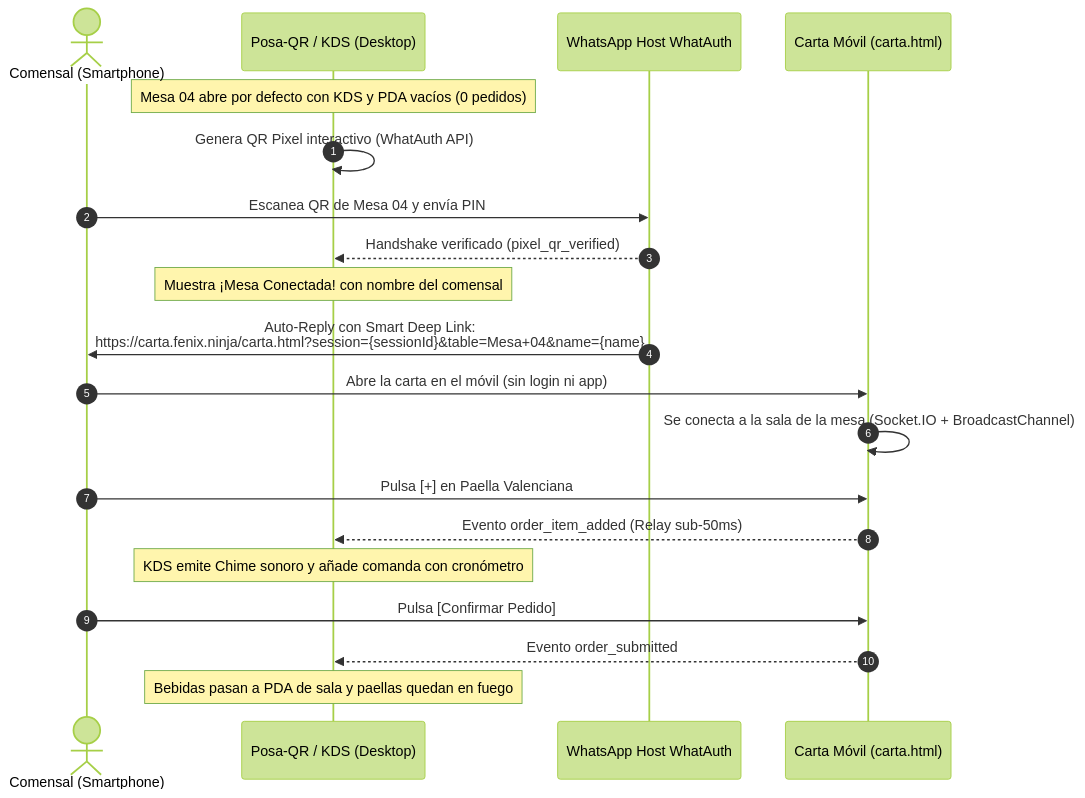
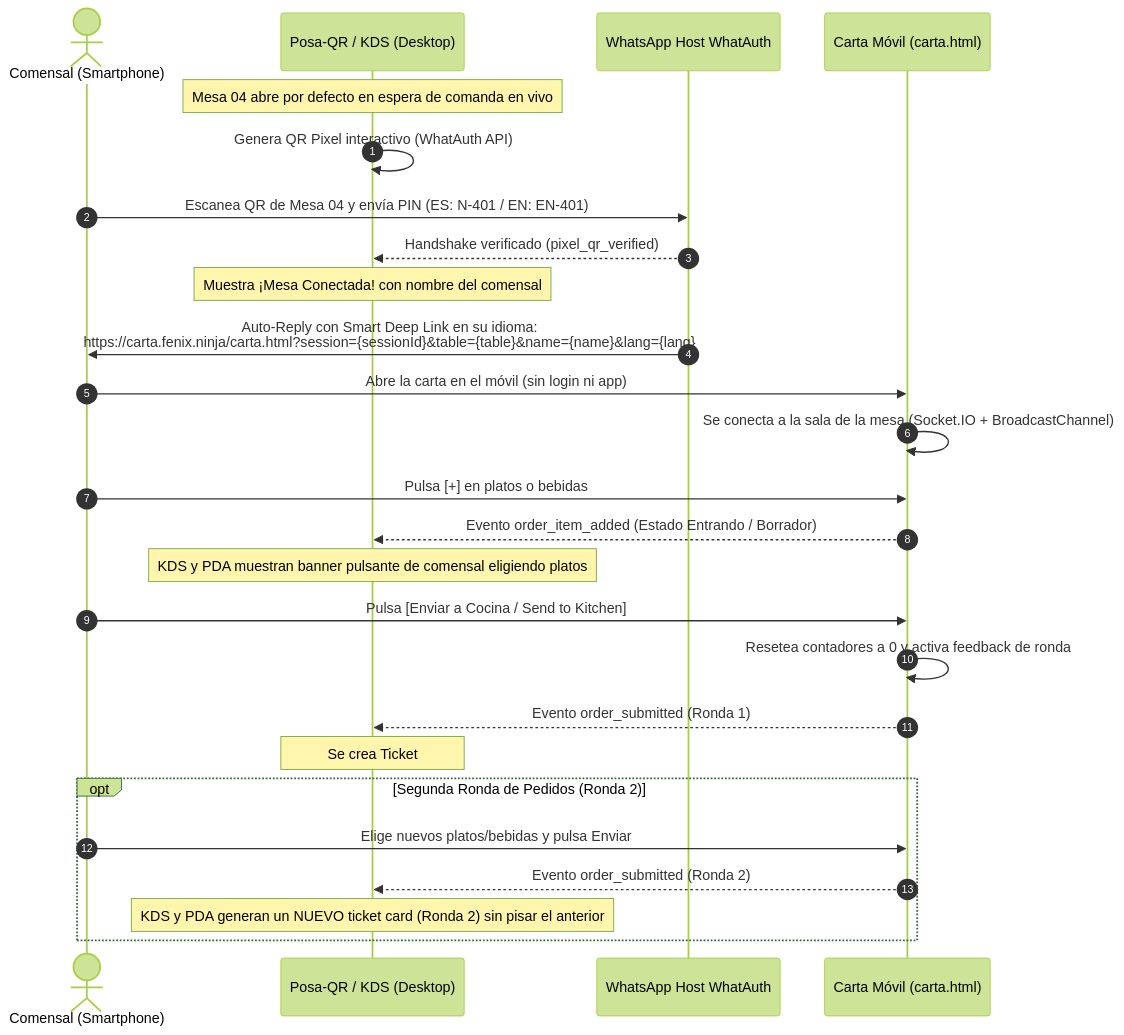
One commit to fenixninja/cartafenix changed the diagram in README.md. Above: the diagram before and after it, drawn with Mermaid (forest theme). The commit also changed other lines of this file and 6 other files, not shown here.

Commit message:
feat: soporte multi-idioma (EN/ES), reset a 0 en carta, estado entrando en KDS/PDA y multi-ticket por rondas

````diff
--- a/README.md
+++ b/README.md
@@ -13,26 +13,33 @@
 ```mermaid
 sequenceDiagram
     autonumber
     actor Cliente as Comensal (Smartphone)
     participant Mesa as Posa-QR / KDS (Desktop)
     participant WA as WhatsApp Host WhatAuth
     participant Carta as Carta Móvil (carta.html)
 
-    Note over Mesa: Mesa 04 abre por defecto con KDS y PDA vacíos (0 pedidos)
+    Note over Mesa: Mesa 04 abre por defecto en espera de comanda en vivo
     Mesa->>Mesa: Genera QR Pixel interactivo (WhatAuth API)
-    Cliente->>WA: Escanea QR de Mesa 04 y envía PIN
+    Cliente->>WA: Escanea QR de Mesa 04 y envía PIN (ES: N-401 / EN: EN-401)
     WA-->>Mesa: Handshake verificado (pixel_qr_verified)
     Note over Mesa: Muestra ¡Mesa Conectada! con nombre del comensal
 
-    WA->>Cliente: Auto-Reply con Smart Deep Link:<br/>https://carta.fenix.ninja/carta.html?session={sessionId}&table=Mesa+04&name={name}
+    WA->>Cliente: Auto-Reply con Smart Deep Link en su idioma:<br/>https://carta.fenix.ninja/carta.html?session={sessionId}&table={table}&name={name}&lang={lang}
     Cliente->>Carta: Abre la carta en el móvil (sin login ni app)
     Carta->>Carta: Se conecta a la sala de la mesa (Socket.IO + BroadcastChannel)
 
-    Cliente->>Carta: Pulsa [+] en Paella Valenciana
-    Carta-->>Mesa: Evento order_item_added (Relay sub-50ms)
-    Note over Mesa: KDS emite Chime sonoro y añade comanda con cronómetro
+    Cliente->>Carta: Pulsa [+] en platos o bebidas
+    Carta-->>Mesa: Evento order_item_added (Estado Entrando / Borrador)
+    Note over Mesa: KDS y PDA muestran banner pulsante de comensal eligiendo platos
 
-    Cliente->>Carta: Pulsa [Confirmar Pedido]
-    Carta-->>Mesa: Evento order_submitted
-    Note over Mesa: Bebidas pasan a PDA de sala y paellas quedan en fuego
+    Cliente->>Carta: Pulsa [Enviar a Cocina / Send to Kitchen]
+    Carta->>Carta: Resetea contadores a 0 y activa feedback de ronda
+    Carta-->>Mesa: Evento order_submitted (Ronda 1)
+    Note over Mesa: Se crea Ticket #1 en KDS (cronómetro en cocina) y en PDA (bebidas)
+
+    opt Segunda Ronda de Pedidos (Ronda 2)
+        Cliente->>Carta: Elige nuevos platos/bebidas y pulsa Enviar
+        Carta-->>Mesa: Evento order_submitted (Ronda 2)
+        Note over Mesa: KDS y PDA generan un NUEVO ticket card (Ronda 2) sin pisar el anterior
+    end
 ```
````
